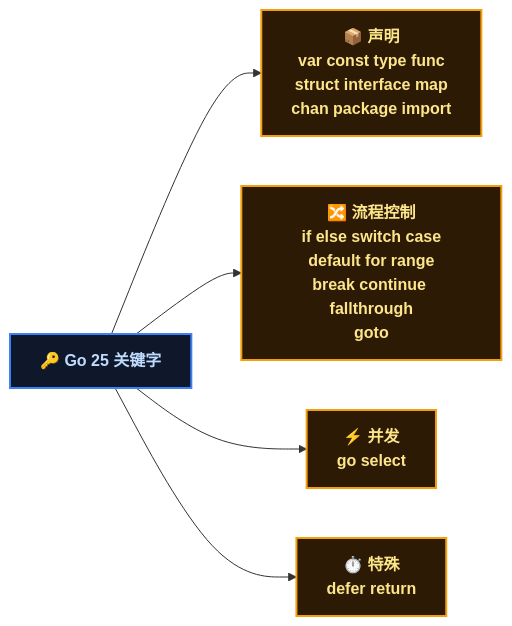
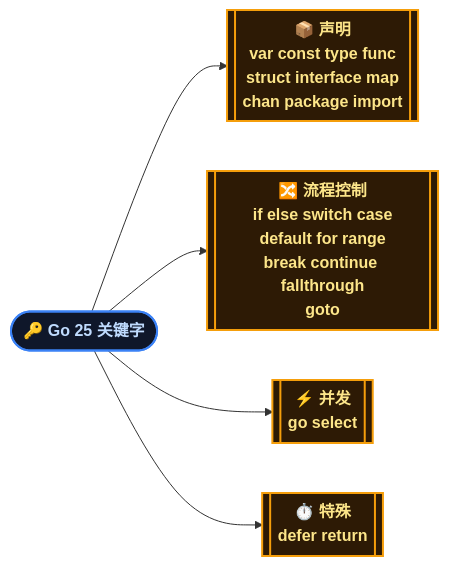
The first of 3 diagrams in content/posts/go/GoDesignPhilosophy.md (yaocat55/yaocat55.github.io), drawn with Mermaid before and after one commit. The commit also changed 14 other files, not shown here.

````diff
--- a/content/posts/go/GoDesignPhilosophy.md
+++ b/content/posts/go/GoDesignPhilosophy.md
@@ -75,14 +75,14 @@
 ```mermaid
 flowchart LR
-    Root["🔑 Go 25 关键字"] --> Decl["📦 声明\nvar const type func\nstruct interface map\nchan package import"]
-    Root --> Flow["🔀 流程控制\nif else switch case\ndefault for range\nbreak continue fallthrough\ngoto"]
-    Root --> Concurrent["⚡ 并发\ngo select"]
-    Root --> DeferOps["⏱️ 特殊\ndefer return"]
+    Root(["🔑 Go 25 关键字"]) --> Decl[["📦 声明\nvar const type func\nstruct interface map\nchan package import"]]
+    Root --> Flow[["🔀 流程控制\nif else switch case\ndefault for range\nbreak continue fallthrough\ngoto"]]
+    Root --> Concurrent[["⚡ 并发\ngo select"]]
+    Root --> DeferOps[["⏱️ 特殊\ndefer return"]]
     
 classDef root fill:#0f172a,stroke:#3b82f6,stroke-width:2px,color:#bfdbfe,font-weight:bold;
 classDef branch fill:#2d1a05,stroke:#f59e0b,stroke-width:2px,color:#fde68a,font-weight:bold;
 classDef leaf fill:#1e1e24,stroke:#6b7280,stroke-width:1.5px,color:#e5e7eb;
     
     class Root root
     class Decl,Flow,Concurrent,DeferOps branch
 ```
````
